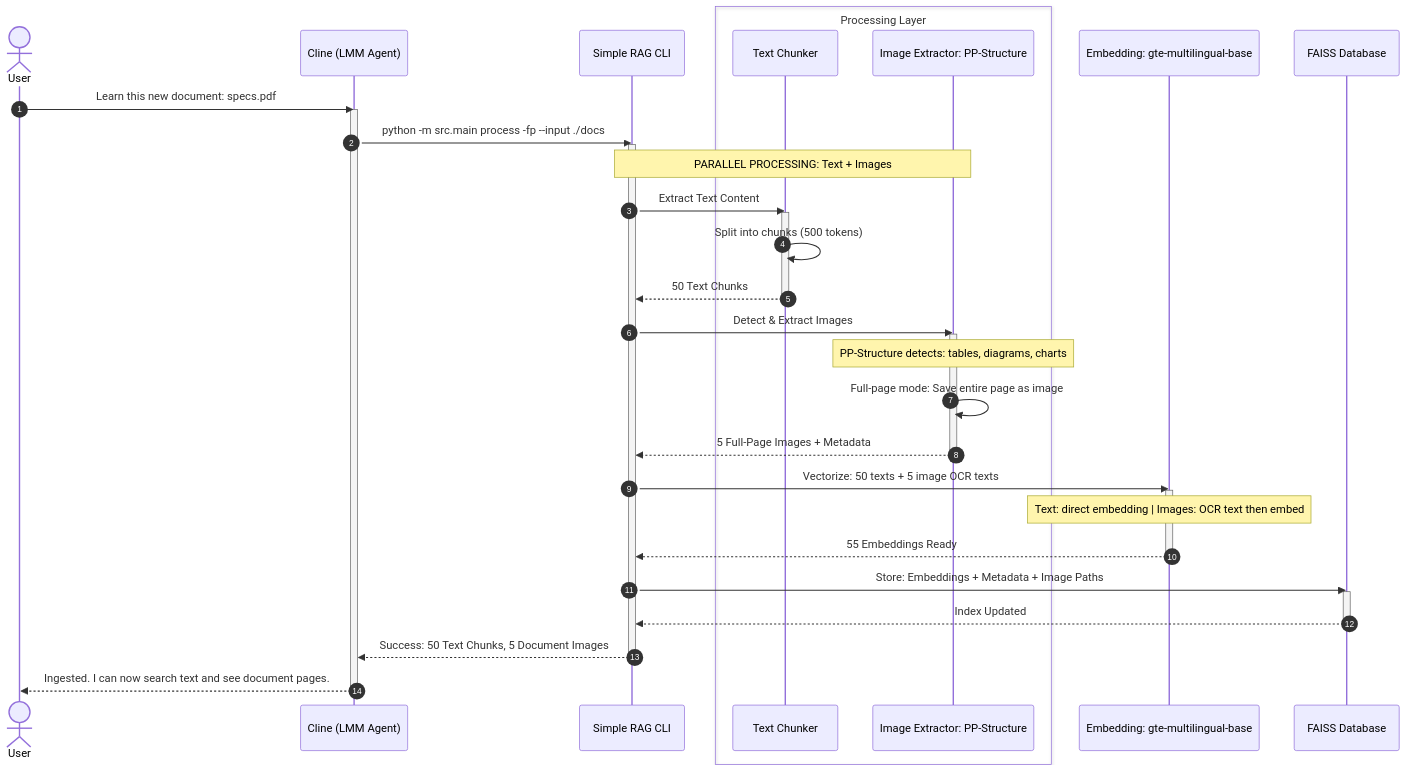
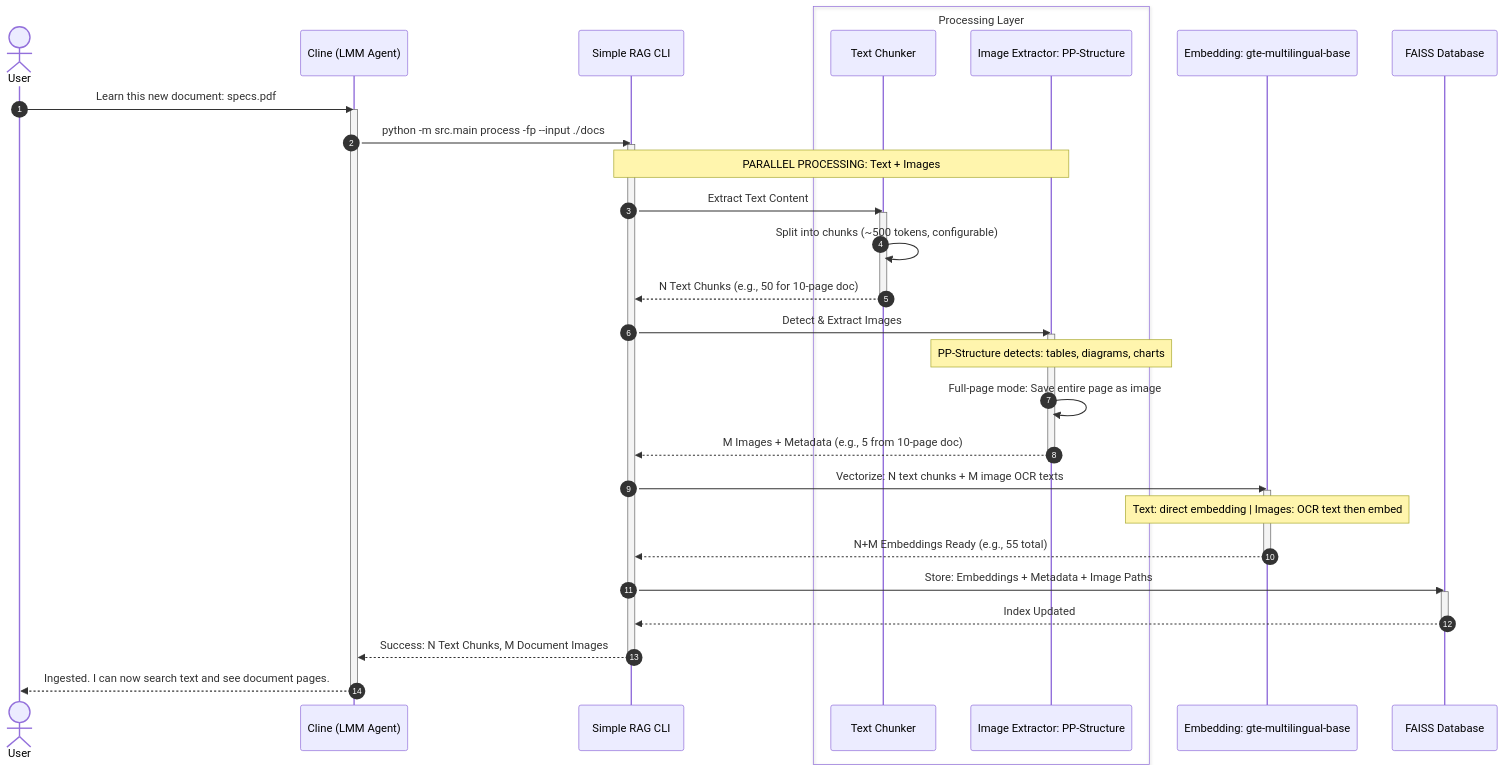
The first of 4 diagrams in report-doc/10-debuit-clineSR.md (ngcix/doc-rag), drawn with Mermaid before and after one commit. The commit also changed other lines of this file, not shown here.

Commit message:
update report phase 1

````diff
--- a/report-doc/10-debuit-clineSR.md
+++ b/report-doc/10-debuit-clineSR.md
@@ -20,57 +20,57 @@
 ```mermaid
 sequenceDiagram
     autonumber
     
     actor User
     participant Cline as Cline (LMM Agent)
     participant CLI as Simple RAG CLI
     
     box Processing Layer
         participant Chunker as Text Chunker
         participant ImgExt as Image Extractor: PP-Structure
     end
     
     participant Embed as Embedding: gte-multilingual-base
     participant DB as FAISS Database
     
     User->>Cline: Learn this new document: specs.pdf
     activate Cline
     
     Cline->>CLI: python -m src.main process -fp --input ./docs
     activate CLI
     
     Note over CLI,ImgExt: PARALLEL PROCESSING: Text + Images
     
     %% Text Processing Path
     CLI->>Chunker: Extract Text Content
     activate Chunker
-    Chunker->>Chunker: Split into chunks (500 tokens)
-    Chunker-->>CLI: 50 Text Chunks
+    Chunker->>Chunker: Split into chunks (~500 tokens, configurable)
+    Chunker-->>CLI: N Text Chunks (e.g., 50 for 10-page doc)
     deactivate Chunker
     
     %% Image Processing Path
     CLI->>ImgExt: Detect & Extract Images
     activate ImgExt
     Note over ImgExt: PP-Structure detects: tables, diagrams, charts
     ImgExt->>ImgExt: Full-page mode: Save entire page as image
-    ImgExt-->>CLI: 5 Full-Page Images + Metadata
+    ImgExt-->>CLI: M Images + Metadata (e.g., 5 from 10-page doc)
     deactivate ImgExt
     
     %% Embedding Both
-    CLI->>Embed: Vectorize: 50 texts + 5 image OCR texts
+    CLI->>Embed: Vectorize: N text chunks + M image OCR texts
     activate Embed
     Note over Embed: Text: direct embedding | Images: OCR text then embed
-    Embed-->>CLI: 55 Embeddings Ready
+    Embed-->>CLI: N+M Embeddings Ready (e.g., 55 total)
     deactivate Embed
     
     CLI->>DB: Store: Embeddings + Metadata + Image Paths
     activate DB
     DB-->>CLI: Index Updated
     deactivate DB
     
-    CLI-->>Cline: Success: 50 Text Chunks, 5 Document Images
+    CLI-->>Cline: Success: N Text Chunks, M Document Images
     deactivate CLI
     
     Cline-->>User: Ingested. I can now search text and see document pages.
     deactivate Cline
 ```
````
